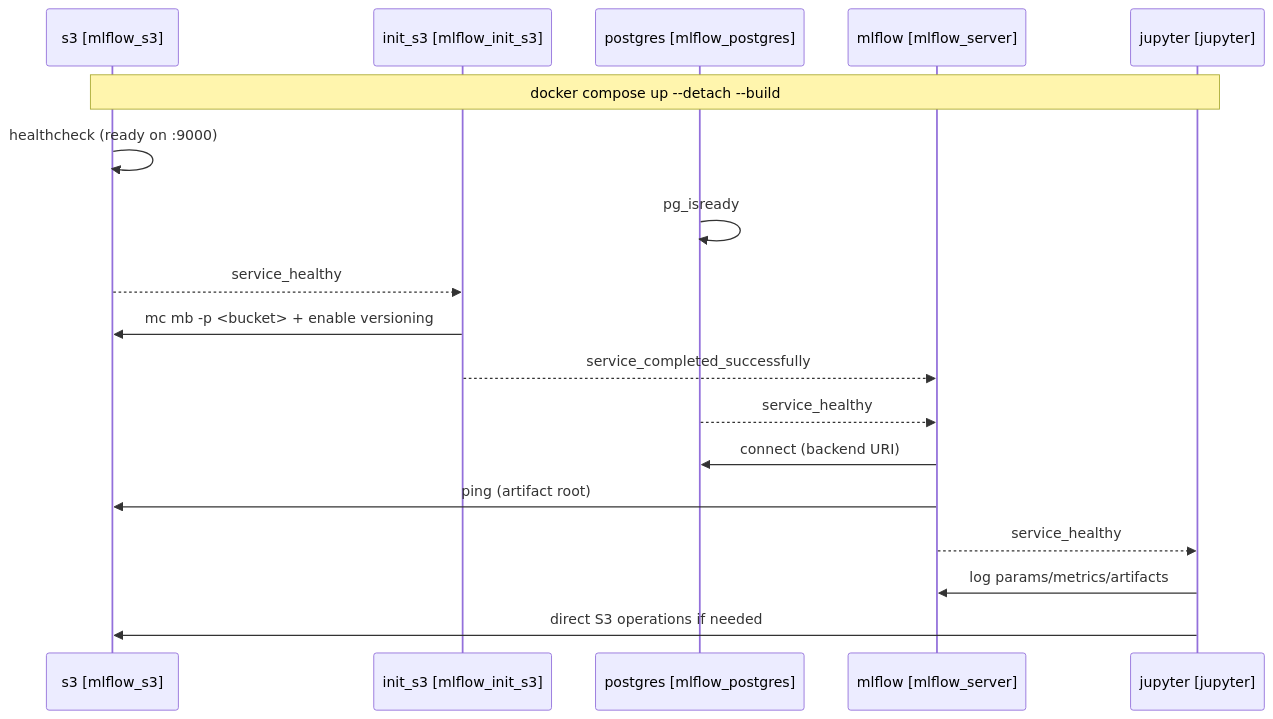
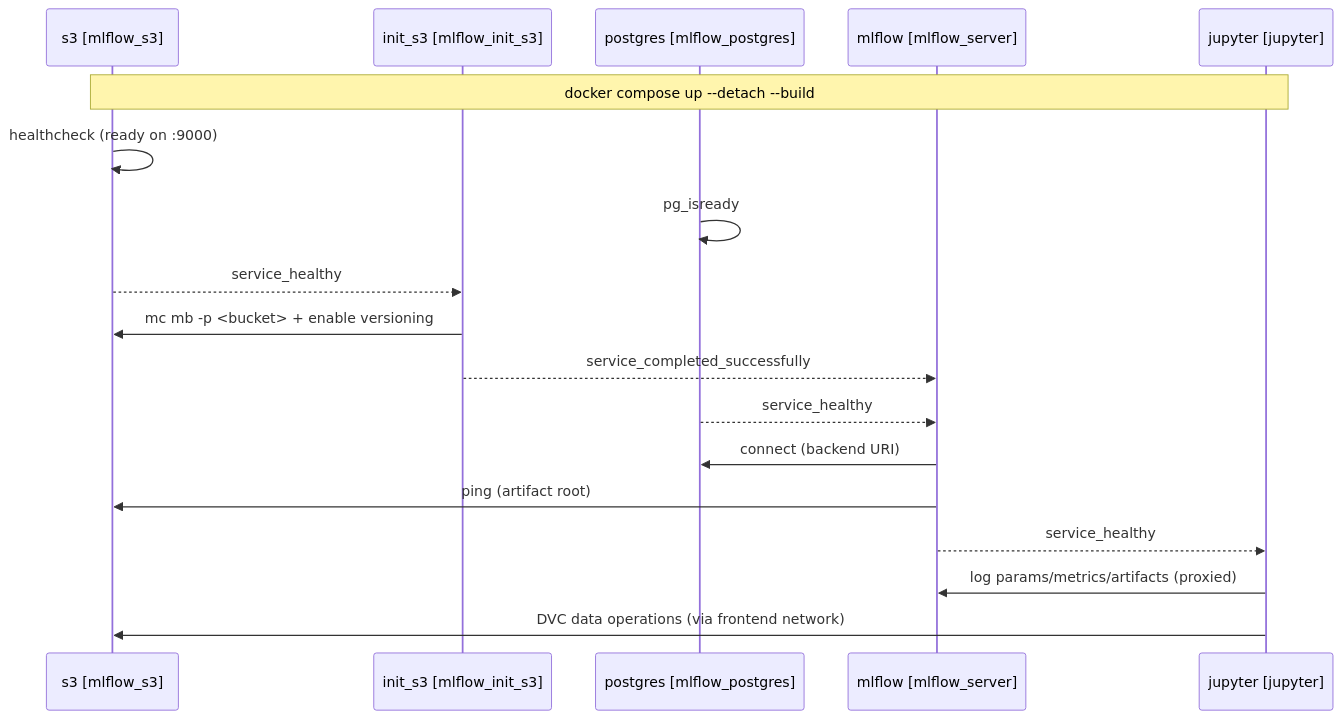
One commit to danilkiff/datascience-notebook-template changed the diagram in README.md. Above: the diagram before and after it, drawn with Mermaid. The commit also changed other lines of this file and 3 other files, not shown here.

````diff
--- a/README.md
+++ b/README.md
@@ -16,22 +16,22 @@
 ```mermaid
 sequenceDiagram
   participant S3 as s3 [mlflow_s3]
   participant Init as init_s3 [mlflow_init_s3]
   participant PG as postgres [mlflow_postgres]
   participant MF as mlflow [mlflow_server]
   participant NB as jupyter [jupyter]
 
   Note over S3,NB: docker compose up --detach --build
 
   S3->>S3: healthcheck (ready on :9000)
   PG->>PG: pg_isready
   S3-->>Init: service_healthy
   Init->>S3: mc mb -p <bucket> + enable versioning
   Init-->>MF: service_completed_successfully
   PG-->>MF: service_healthy
   MF->>PG: connect (backend URI)
   MF->>S3: ping (artifact root)
   MF-->>NB: service_healthy
-  NB->>MF: log params/metrics/artifacts
-  NB->>S3: direct S3 operations if needed
+  NB->>MF: log params/metrics/artifacts (proxied)
+  NB->>S3: DVC data operations (via frontend network)
 ```
````
